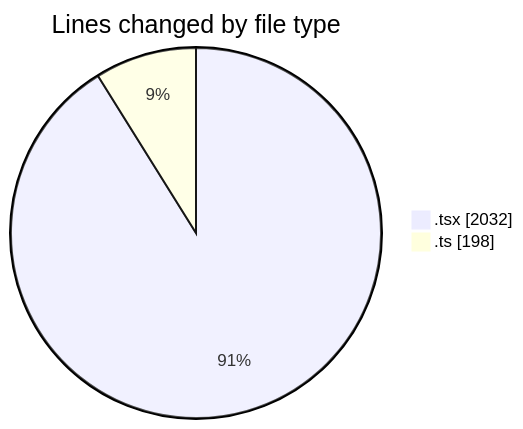
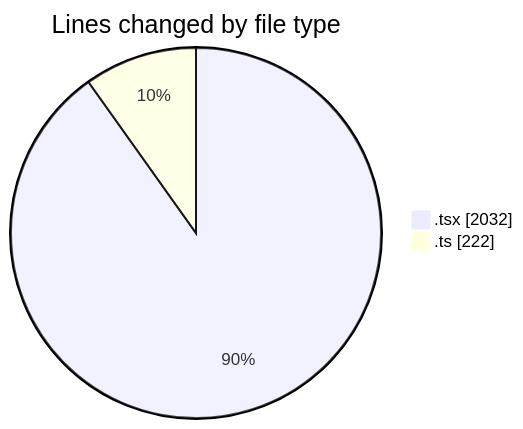
Before and after one commit to robertbonfada/code-tracking: the first of 2 diagrams in 2025-03-07/mbc-web/README.md, drawn with Mermaid. The commit also changed other lines of this file and 1 other file, not shown here.

````diff
--- a/2025-03-07/mbc-web/README.md
+++ b/2025-03-07/mbc-web/README.md
@@ -25,6 +25,6 @@
 ```mermaid
 pie showData
 title Lines changed by file type
 ".tsx" : 2032
-".ts" : 198
+".ts" : 222
 ```
````
